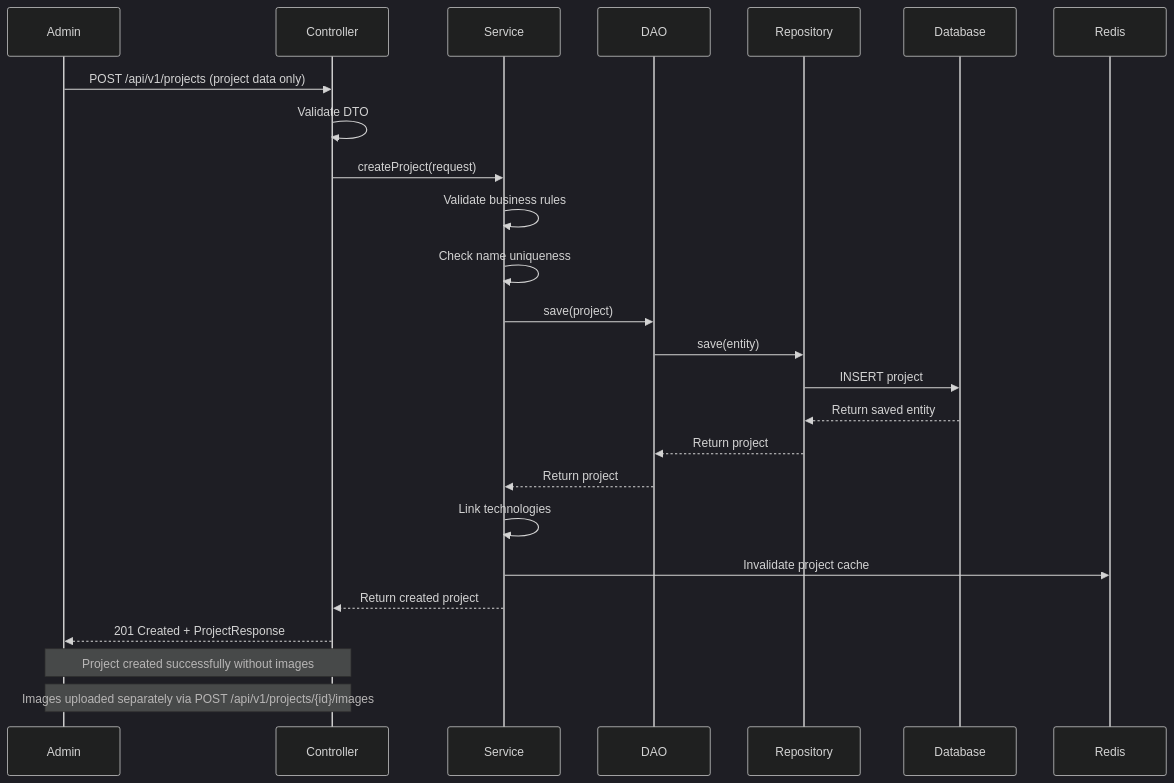
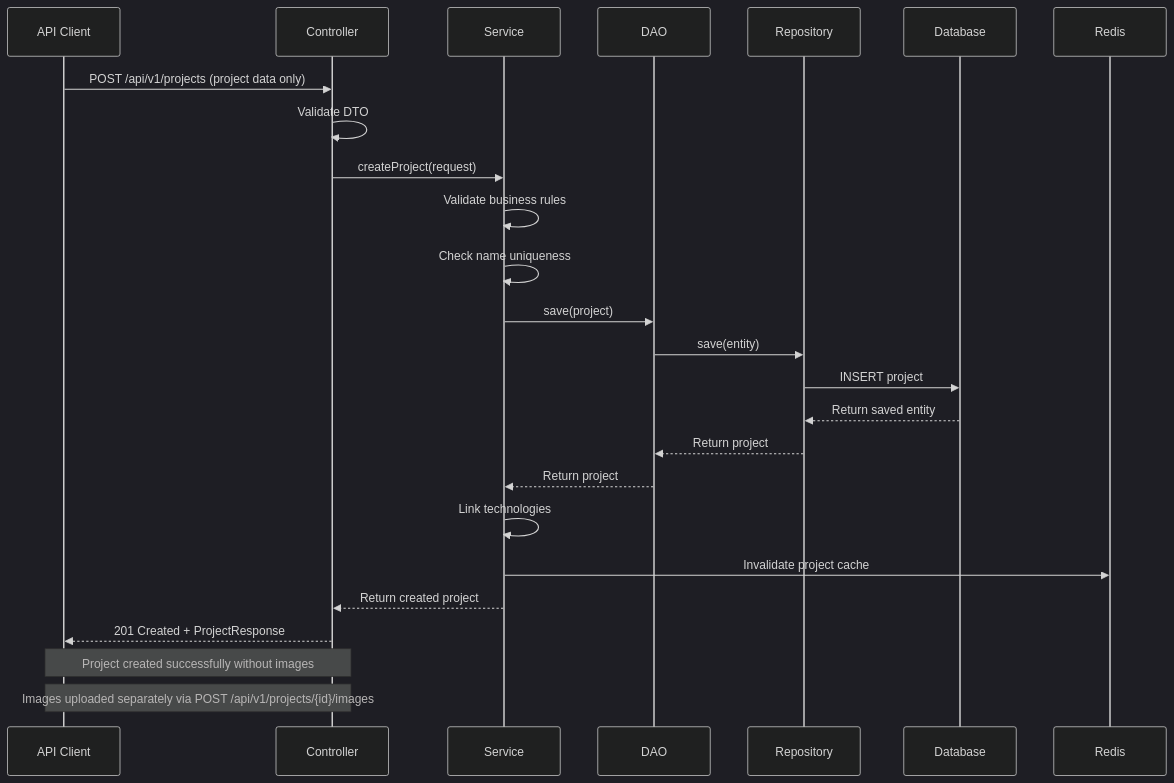
One commit to caseythecoder90/personal-website-backend changed the first of 10 diagrams in docs/architecture/DIAGRAMS.md. Above: the diagram before and after it, drawn with Mermaid (dark theme). The commit also changed other lines of this file and 22 other files, not shown here.

````diff
--- a/docs/architecture/DIAGRAMS.md
+++ b/docs/architecture/DIAGRAMS.md
@@ -7,29 +7,29 @@
 ```mermaid
 sequenceDiagram
-    participant A as Admin
-    participant C as Controller
+    participant C as API Client
+    participant Ctrl as Controller
     participant S as Service
     participant D as DAO
     participant R as Repository
     participant DB as Database
     participant Cache as Redis
 
-    A->>C: POST /api/v1/projects (project data only)
-    C->>C: Validate DTO
-    C->>S: createProject(request)
+    C->>Ctrl: POST /api/v1/projects (project data only)
+    Ctrl->>Ctrl: Validate DTO
+    Ctrl->>S: createProject(request)
     S->>S: Validate business rules
     S->>S: Check name uniqueness
     S->>D: save(project)
     D->>R: save(entity)
     R->>DB: INSERT project
     DB-->>R: Return saved entity
     R-->>D: Return project
     D-->>S: Return project
     S->>S: Link technologies
     S->>Cache: Invalidate project cache
-    S-->>C: Return created project
-    C-->>A: 201 Created + ProjectResponse
-    
-    Note over A,C: Project created successfully without images
-    Note over A,C: Images uploaded separately via POST /api/v1/projects/{id}/images
+    S-->>Ctrl: Return created project
+    Ctrl-->>C: 201 Created + ProjectResponse
+
+    Note over C,Ctrl: Project created successfully without images
+    Note over C,Ctrl: Images uploaded separately via POST /api/v1/projects/{id}/images
 ```
````
